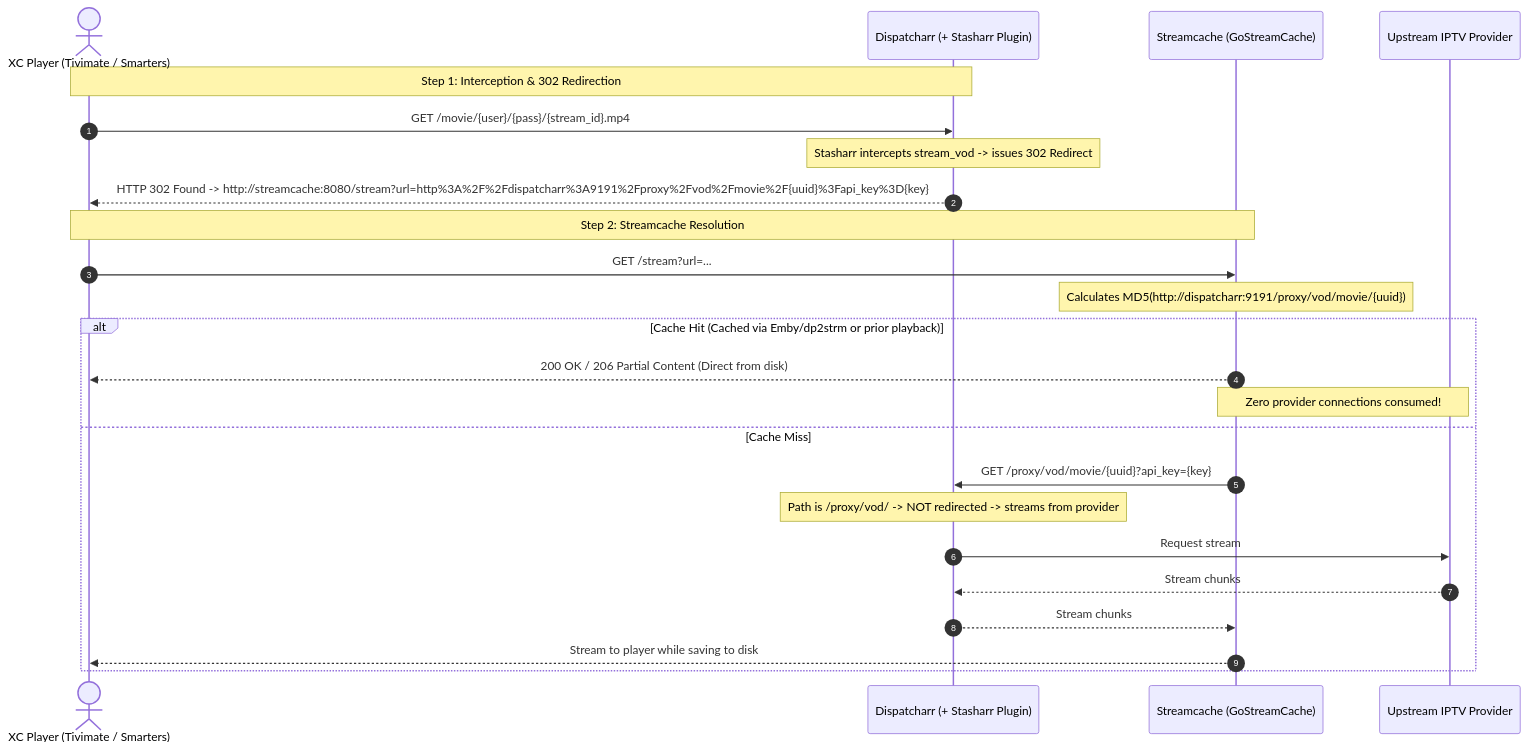
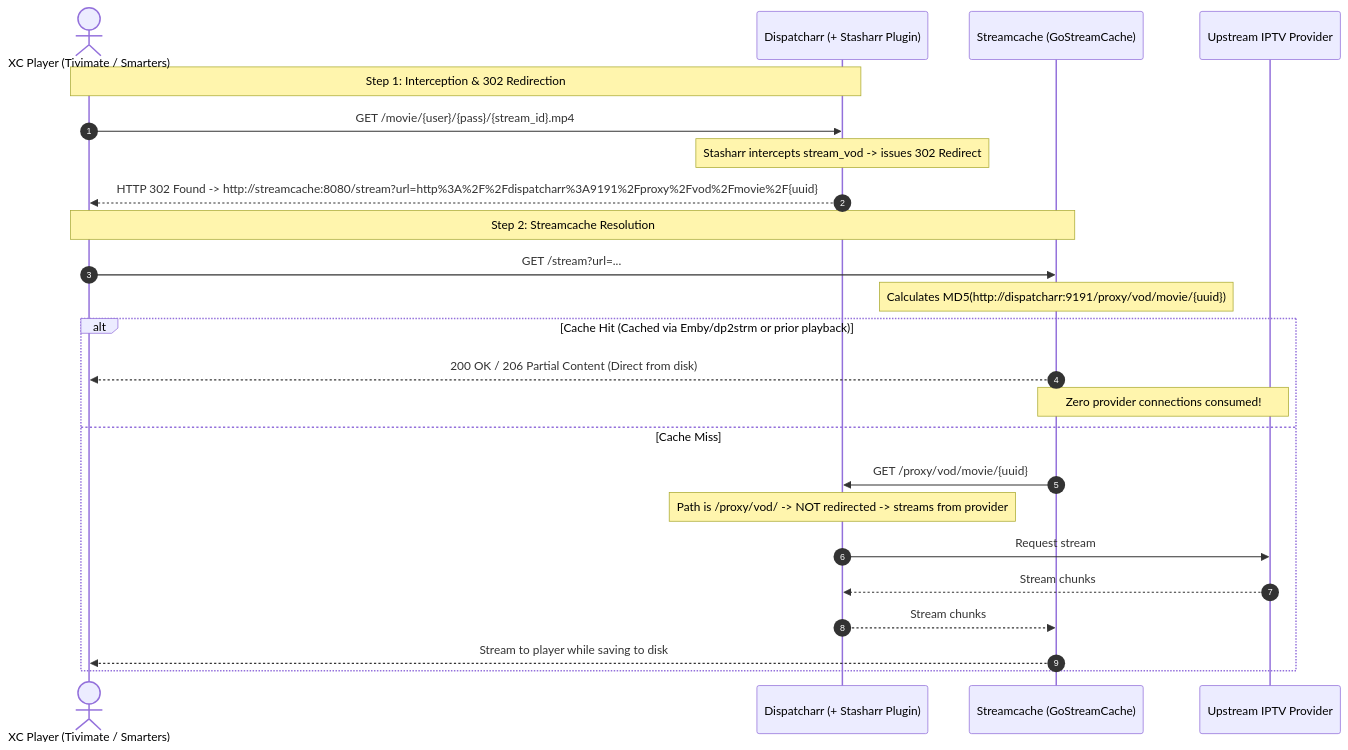
One commit to bruor/stasharr changed the diagram in README.md. Above: the diagram before and after it, drawn with Mermaid. The commit also changed other lines of this file and 3 other files, not shown here.

Commit message:
refactor: remove unnecessary api_key setting from Stasharr redirect URLs

````diff
--- a/README.md
+++ b/README.md
@@ -14,29 +14,29 @@
 ```mermaid
 sequenceDiagram
     autonumber
     actor Player as XC Player (Tivimate / Smarters)
     participant Dispatcharr as Dispatcharr (+ Stasharr Plugin)
     participant Streamcache as Streamcache (GoStreamCache)
     participant Provider as Upstream IPTV Provider
 
     Note over Player,Dispatcharr: Step 1: Interception & 302 Redirection
     Player->>Dispatcharr: GET /movie/{user}/{pass}/{stream_id}.mp4
     Note over Dispatcharr: Stasharr intercepts stream_vod -> issues 302 Redirect
-    Dispatcharr-->>Player: HTTP 302 Found -> http://streamcache:8080/stream?url=http%3A%2F%2Fdispatcharr%3A9191%2Fproxy%2Fvod%2Fmovie%2F{uuid}%3Fapi_key%3D{key}
+    Dispatcharr-->>Player: HTTP 302 Found -> http://streamcache:8080/stream?url=http%3A%2F%2Fdispatcharr%3A9191%2Fproxy%2Fvod%2Fmovie%2F{uuid}
 
     Note over Player,Streamcache: Step 2: Streamcache Resolution
     Player->>Streamcache: GET /stream?url=...
     Note over Streamcache: Calculates MD5(http://dispatcharr:9191/proxy/vod/movie/{uuid})
 
     alt Cache Hit (Cached via Emby/dp2strm or prior playback)
         Streamcache-->>Player: 200 OK / 206 Partial Content (Direct from disk)
         Note over Streamcache,Provider: Zero provider connections consumed!
     else Cache Miss
-        Streamcache->>Dispatcharr: GET /proxy/vod/movie/{uuid}?api_key={key}
+        Streamcache->>Dispatcharr: GET /proxy/vod/movie/{uuid}
         Note over Dispatcharr: Path is /proxy/vod/ -> NOT redirected -> streams from provider
         Dispatcharr->>Provider: Request stream
         Provider-->>Dispatcharr: Stream chunks
         Dispatcharr-->>Streamcache: Stream chunks
         Streamcache-->>Player: Stream to player while saving to disk
     end
 ```
````
